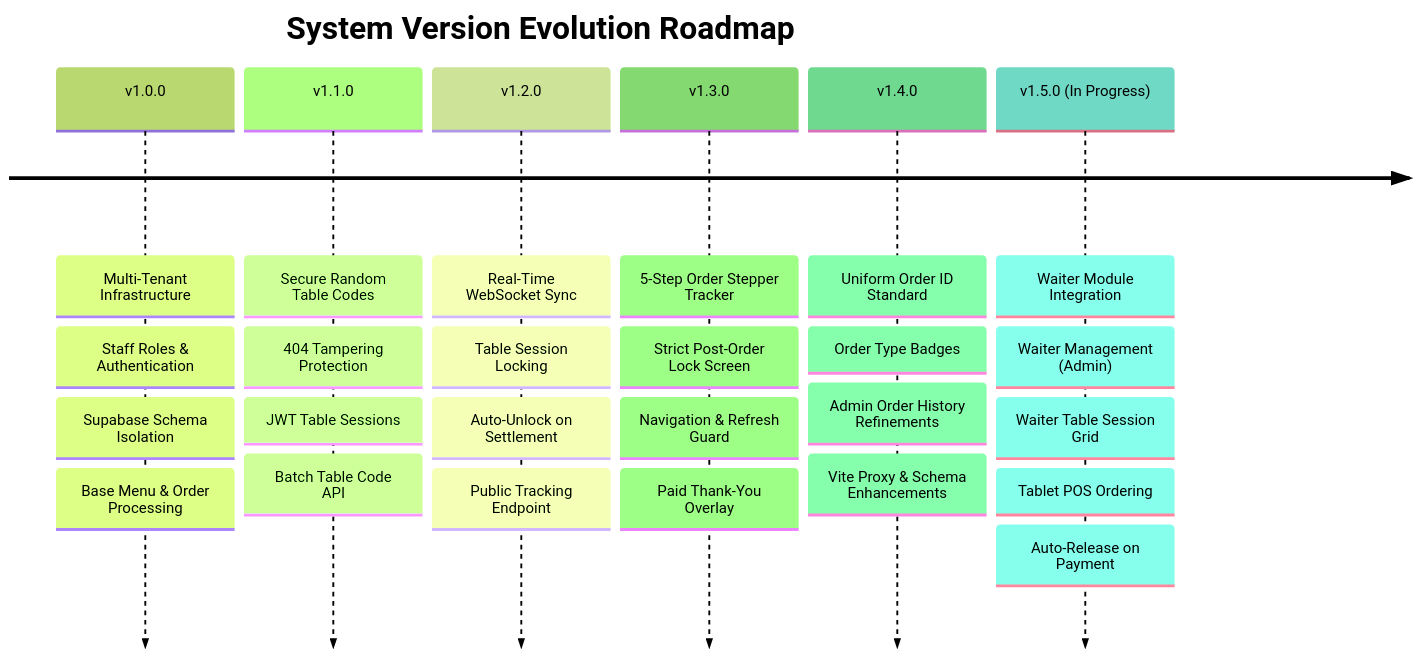
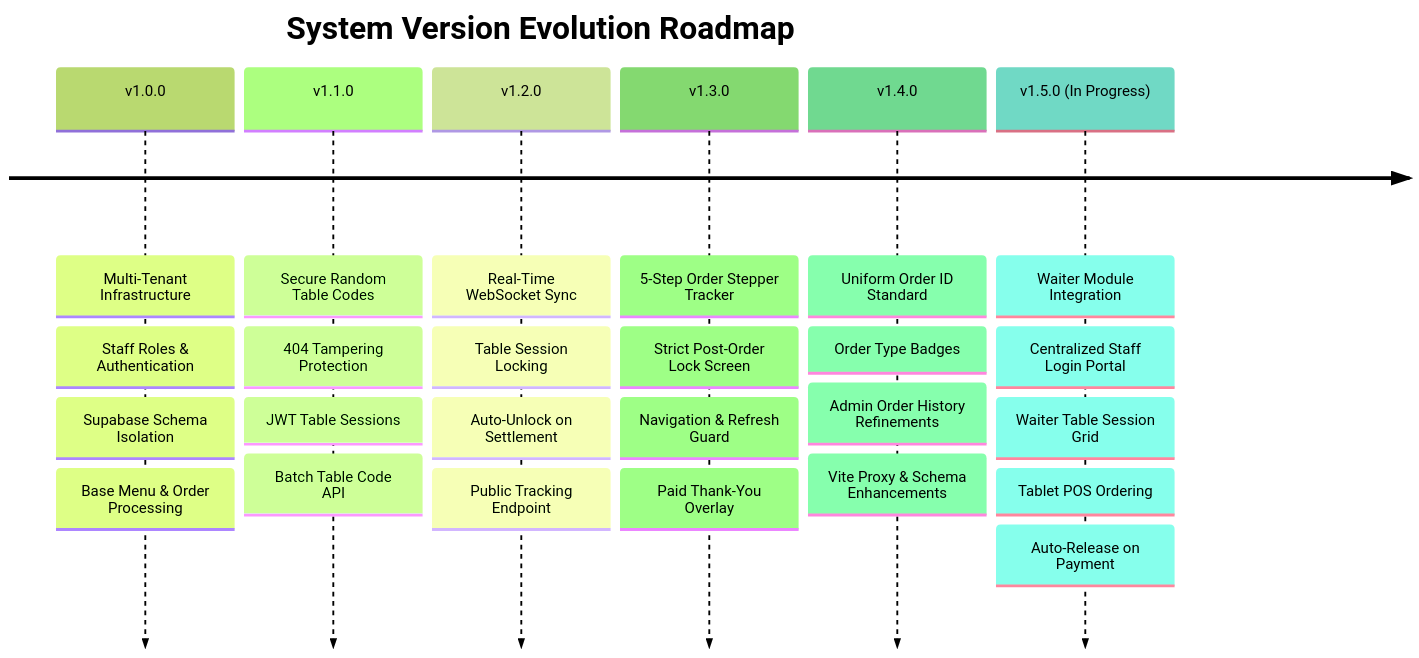
Before and after one commit to alifayyaz-06/apexscan: the first of 2 diagrams in PLAN.md, drawn with Mermaid (forest theme). The commit also changed other lines of this file, not shown here.

Commit message:
docs: add Centralized Staff Login Portal architecture to PLAN.md

````diff
--- a/PLAN.md
+++ b/PLAN.md
@@ -18,10 +18,10 @@
 ```mermaid
 timeline
     title System Version Evolution Roadmap
     v1.0.0 : Multi-Tenant Infrastructure : Staff Roles & Authentication : Supabase Schema Isolation : Base Menu & Order Processing
     v1.1.0 : Secure Random Table Codes : 404 Tampering Protection : JWT Table Sessions : Batch Table Code API
     v1.2.0 : Real-Time WebSocket Sync : Table Session Locking : Auto-Unlock on Settlement : Public Tracking Endpoint
     v1.3.0 : 5-Step Order Stepper Tracker : Strict Post-Order Lock Screen : Navigation & Refresh Guard : Paid Thank-You Overlay
     v1.4.0 : Uniform Order ID Standard : Order Type Badges : Admin Order History Refinements : Vite Proxy & Schema Enhancements
-    v1.5.0 (In Progress) : Waiter Module Integration : Waiter Management (Admin) : Waiter Table Session Grid : Tablet POS Ordering : Auto-Release on Payment
+    v1.5.0 (In Progress) : Waiter Module Integration : Centralized Staff Login Portal : Waiter Table Session Grid : Tablet POS Ordering : Auto-Release on Payment
 ```
````
